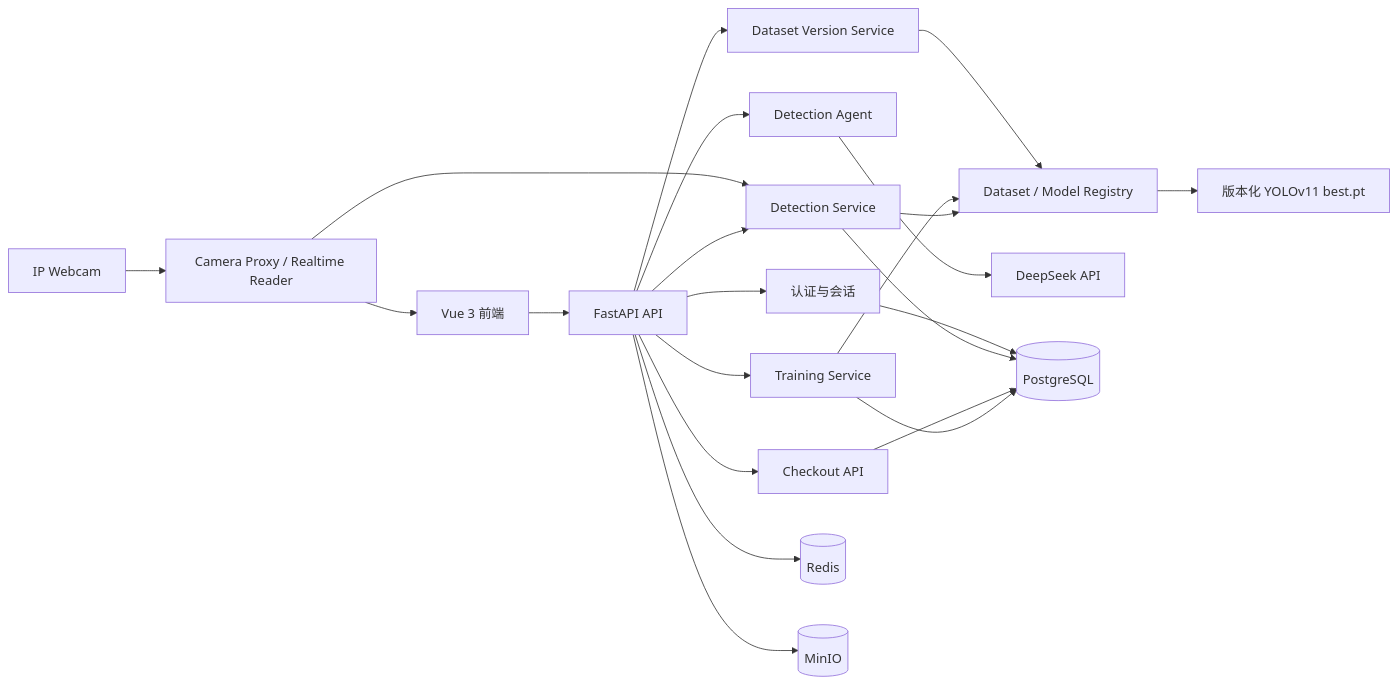
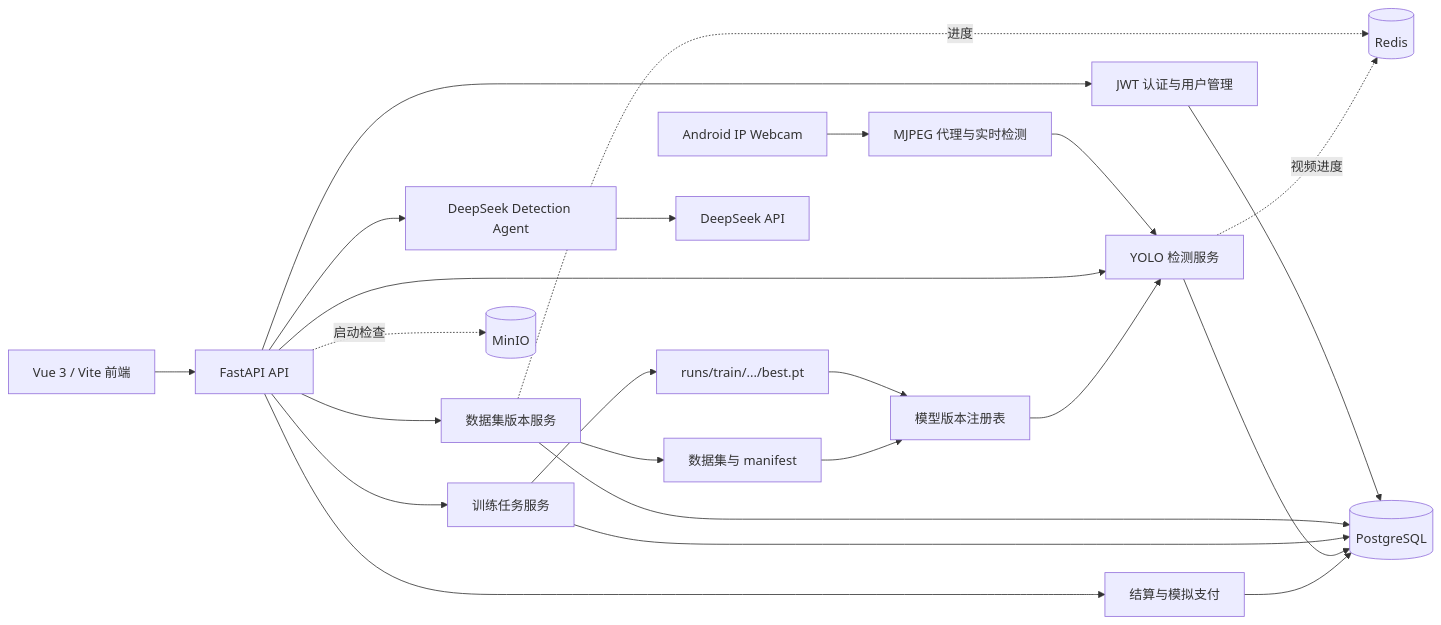
Before and after one commit to Azar233/agent-platform: the first of 2 diagrams in README.md, drawn with Mermaid. The commit also changed other lines of this file, not shown here.

Commit message:
Refactor agent platform workflow handling

````diff
--- a/README.md
+++ b/README.md
@@ -73,24 +63,26 @@
 ```mermaid
 flowchart LR
-    Browser["Vue 3 前端"] --> API["FastAPI API"]
-    Phone["IP Webcam"] --> Camera["Camera Proxy / Realtime Reader"]
-    Camera --> Browser
-    Camera --> Detection
-    API --> Auth["认证与会话"]
-    API --> Detection["Detection Service"]
-    API --> Training["Training Service"]
-    API --> Dataset["Dataset Version Service"]
-    API --> Checkout["Checkout API"]
-    API --> Agent["Detection Agent"]
-    Dataset --> Registry["Dataset / Model Registry"]
-    Training --> Registry
-    Registry --> YOLO["版本化 YOLOv11 best.pt"]
-    Detection --> Registry
-    Agent --> DeepSeek["DeepSeek API"]
+    Browser["Vue 3 / Vite 前端"] --> API["FastAPI API"]
+    Phone["Android IP Webcam"] --> Camera["MJPEG 代理与实时检测"]
+    Camera --> Detection["YOLO 检测服务"]
+    API --> Auth["JWT 认证与用户管理"]
+    API --> Dataset["数据集版本服务"]
+    API --> Training["训练任务服务"]
+    API --> Detection
+    API --> Checkout["结算与模拟支付"]
+    API --> Agent["DeepSeek Detection Agent"]
+    Dataset --> Files["数据集与 manifest"]
+    Training --> Models["runs/train/.../best.pt"]
+    Models --> Registry["模型版本注册表"]
+    Files --> Registry
+    Registry --> Detection
     Auth --> PostgreSQL[(PostgreSQL)]
+    Dataset --> PostgreSQL
+    Training --> PostgreSQL
     Detection --> PostgreSQL
     Checkout --> PostgreSQL
-    Training --> PostgreSQL
-    API --> Redis[(Redis)]
-    API --> MinIO[(MinIO)]
+    Dataset -.进度.-> Redis[(Redis)]
+    Detection -.视频进度.-> Redis
+    API -.启动检查.-> MinIO[(MinIO)]
+    Agent --> DeepSeek["DeepSeek API"]
 ```
````
